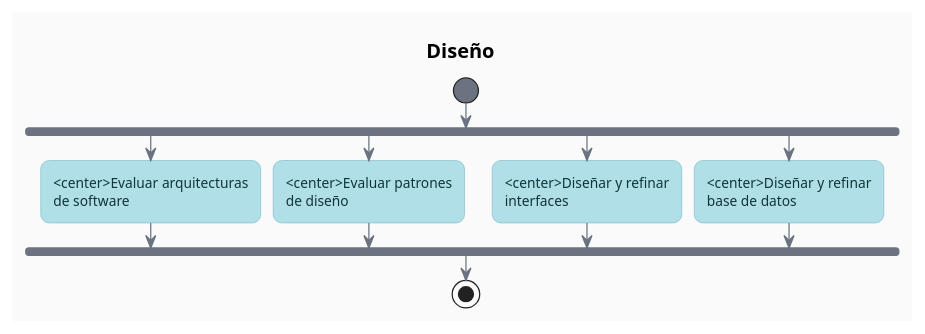
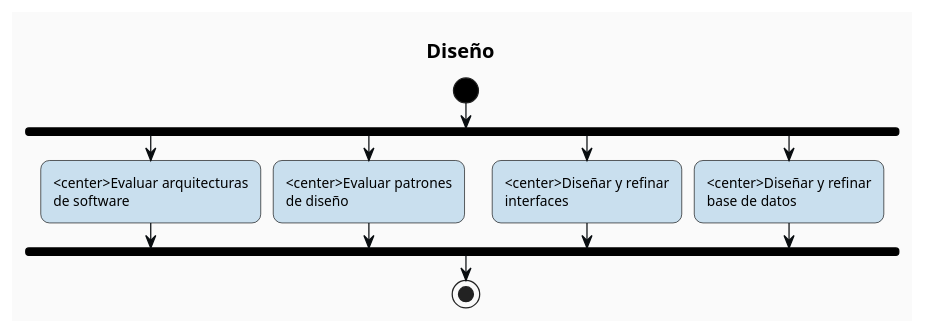
One commit to giulianoh92/diagramas-tpi-ma-snackoverflow changed the diagram in Diseño/Diseño (actividada).puml. Above: the diagram before and after it, drawn with PlantUML. The commit also changed 12 other files, not shown here.

```diff
--- a/Diseño/Diseño (actividada).puml
+++ b/Diseño/Diseño (actividada).puml
@@ -1,62 +1,62 @@
 @startuml
 title Diseño
 
 ' === Modern soft theme ===
 skinparam backgroundColor #FAFAFA
 skinparam defaultFontName Helvetica
 skinparam defaultFontSize 11
 skinparam titleFontSize 16
 skinparam titleFontStyle bold
 skinparam shadowing false
 skinparam roundCorner 14
 skinparam nodesep 25
 skinparam ranksep 40
 skinparam linetype polyline
 
 skinparam activity {
-    BackgroundColor       #B0DFE8
-    BorderColor           #7DB9C5
-    FontColor             #0F3539
+    BackgroundColor       #C9DFEE
+    BorderColor           #000000
+    FontColor             #000000
     FontName              Helvetica
     FontSize              11
-    DiamondBackgroundColor #F4E2A0
-    DiamondBorderColor    #C9B05E
-    DiamondFontColor      #3A2E0A
-    StartColor            #6B7280
-    EndColor              #6B7280
-    BarColor              #6B7280
+    DiamondBackgroundColor #D9C2E3
+    DiamondBorderColor    #000000
+    DiamondFontColor      #000000
+    StartColor            #000000
+    EndColor              #000000
+    BarColor              #000000
 }
 
 skinparam partition {
     BackgroundColor #FFFFFF
     BorderColor     #C9C9BE
     FontColor       #4A4A48
     FontStyle       bold
     FontSize        12
 }
 
 skinparam arrow {
-    Color     #6B7280
-    FontColor #4A4A48
+    Color     #090D10
+    FontColor #090D10
     FontSize  10
     Thickness 1
 }
 
 skinparam note {
     BackgroundColor #FFF8E1
     BorderColor     #C9B05E
     FontColor       #3A2E0A
 }
 
 start
 fork
     :<center>Evaluar arquitecturas\nde software;
 fork again
     :<center>Evaluar patrones\nde diseño;
 fork again
     :<center>Diseñar y refinar\ninterfaces;
 fork again
     :<center>Diseñar y refinar\nbase de datos;
 end fork
 stop
 @enduml
```
